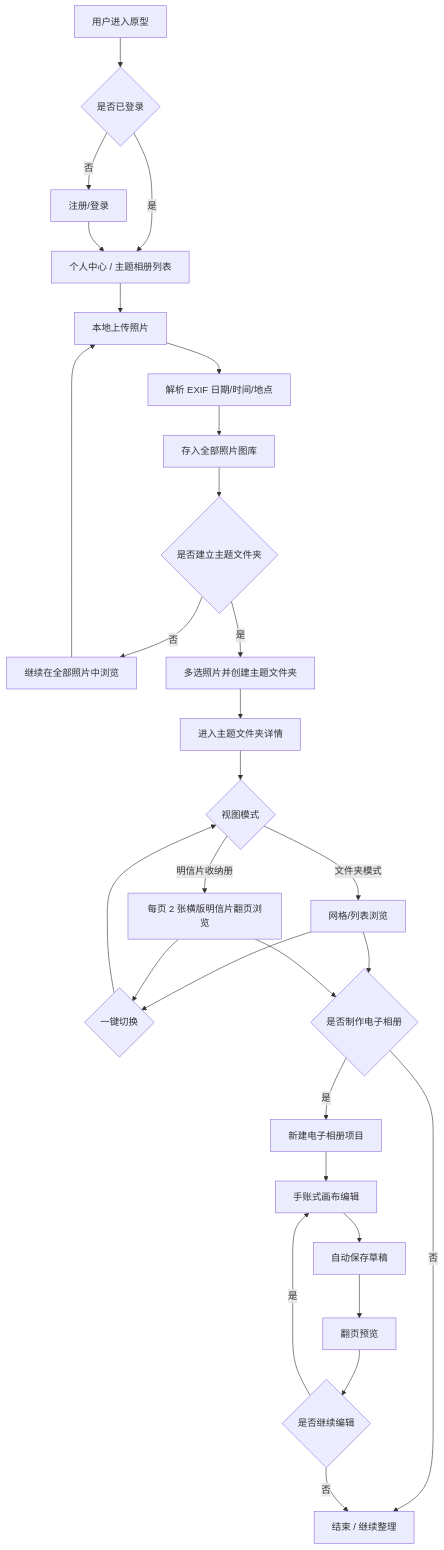
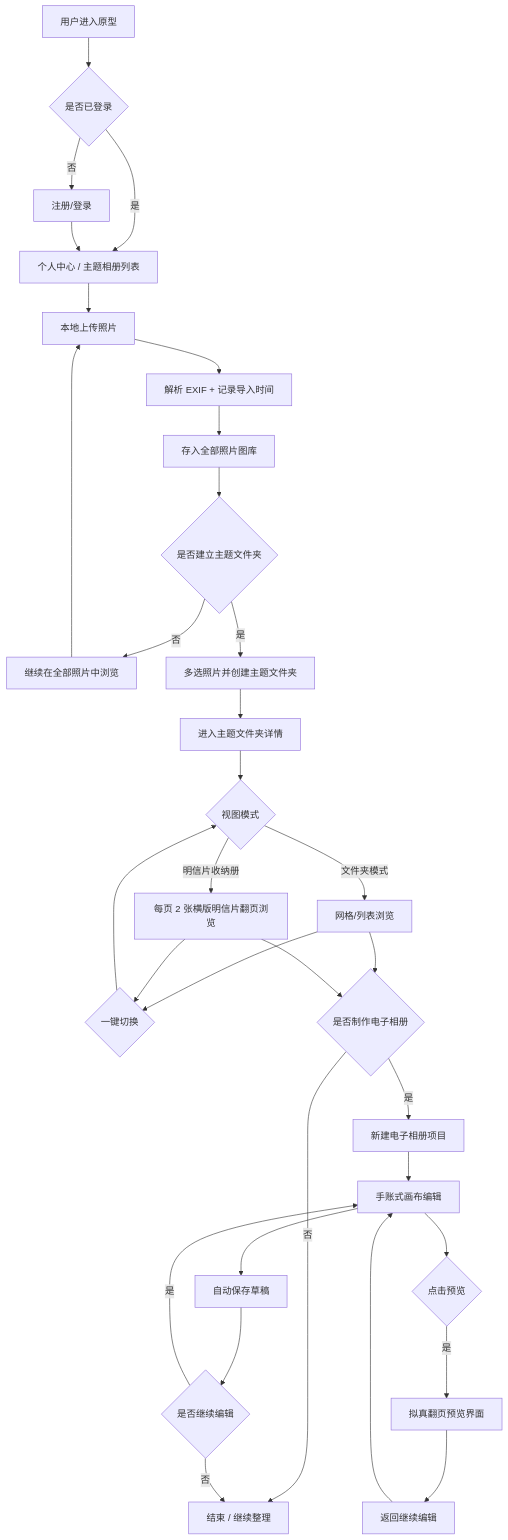
One commit to skmywwx/MLT changed the first of 4 diagrams in PRD.md. Above: the diagram before and after it, drawn with Mermaid. The commit also changed other lines of this file and 1 other file, not shown here.

````diff
--- a/PRD.md
+++ b/PRD.md
@@ -178,37 +191,40 @@
 ```mermaid
 flowchart TD
     A[用户进入原型] --> B{是否已登录}
     B -->|否| C[注册/登录]
     B -->|是| D[个人中心 / 主题相册列表]
     C --> D
 
     D --> E[本地上传照片]
-    E --> F[解析 EXIF 日期/时间/地点]
+    E --> F[解析 EXIF + 记录导入时间]
     F --> G[存入全部照片图库]
 
     G --> H{是否建立主题文件夹}
     H -->|否| I[继续在全部照片中浏览]
     H -->|是| J[多选照片并创建主题文件夹]
 
     J --> K[进入主题文件夹详情]
     K --> L{视图模式}
     L -->|文件夹模式| M[网格/列表浏览]
     L -->|明信片收纳册| N[每页 2 张横版明信片翻页浏览]
 
     M --> O{一键切换}
     N --> O
     O --> L
 
     M --> P{是否制作电子相册}
     N --> P
     P -->|否| Q[结束 / 继续整理]
     P -->|是| R[新建电子相册项目]
 
     R --> S[手账式画布编辑]
+    S --> S1{点击预览}
+    S1 -->|是| S2[拟真翻页预览界面]
+    S2 --> S3[返回继续编辑]
+    S3 --> S
     S --> T[自动保存草稿]
-    T --> U[翻页预览]
-    U --> V{是否继续编辑}
+    T --> V{是否继续编辑}
     V -->|是| S
     V -->|否| Q
     I --> E
 ```
````
